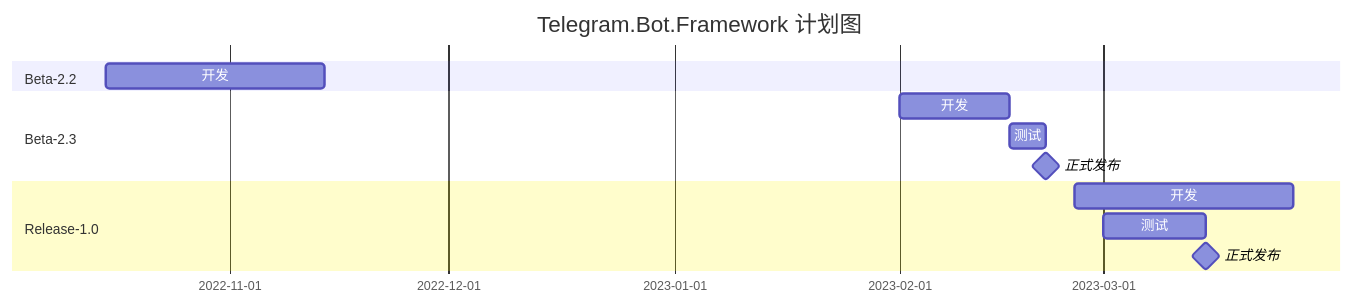
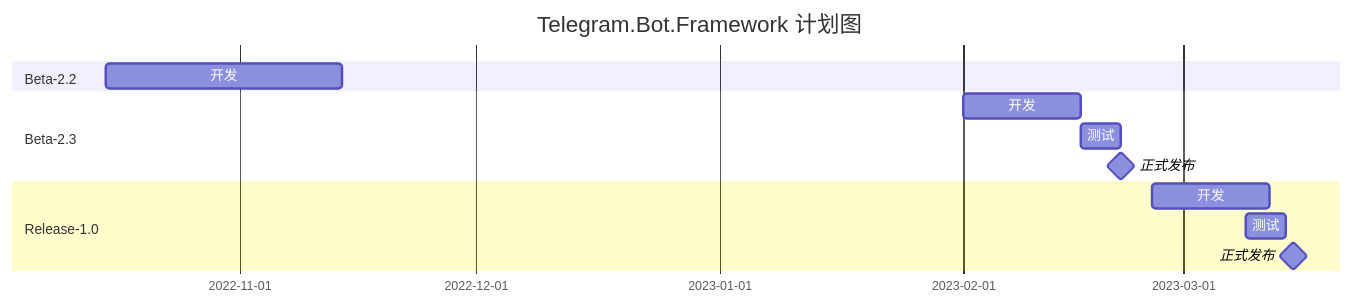
One commit to Azumo-Lab/Azumo.Telegram.Bot.Framework changed the diagram in README.md. Above: the diagram before and after it, drawn with Mermaid.

````diff
--- a/README.md
+++ b/README.md
@@ -3,15 +3,15 @@
 ```mermaid
 gantt
     title Telegram.Bot.Framework 计划图
     dateFormat  YYYY-MM-DD
     section Beta-2.2
     开发  :2022-10-15, 30d
     section Beta-2.3
     开发  :2023-02-01, 15d
     测试  :5d
     正式发布:milestone, 0d
     section Release-1.0
-    开发  :2023-02-25, 30d
-    测试  :2023-03-01, 14d
+    开发  :2023-02-25, 15d
+    测试  :2023-03-09, 5d
     正式发布:milestone, 2023-03-15, 0d
 ```
````
